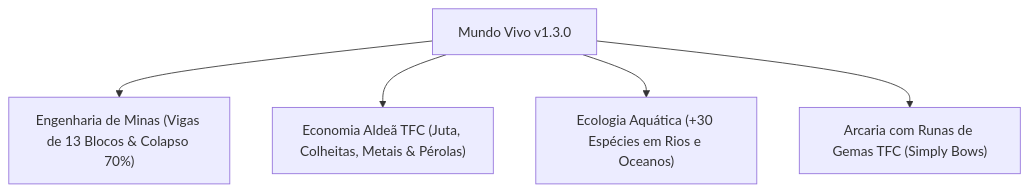
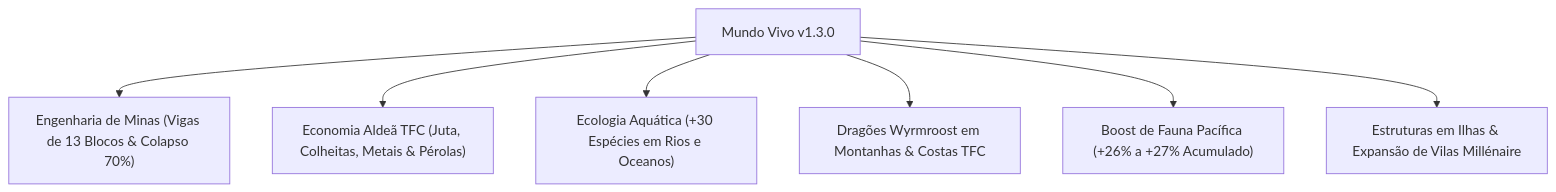
Before and after one commit to Vinagre-Lipe/TFC-Arcanum-Empires-WIKI-Guides: the diagram in guias/worldgen-vigas-trocas.md, drawn with Mermaid. The commit also changed other lines of this file and 2 other files, not shown here.

Commit message:
feat(wiki): documenta dragoes do wyrmroost, boost acumulado de fauna e estruturas em ilhas

````diff
--- a/guias/worldgen-vigas-trocas.md
+++ b/guias/worldgen-vigas-trocas.md
@@ -16,7 +16,9 @@
 ```mermaid
 graph TD
     WORLD["Mundo Vivo v1.3.0"] --> MINES["Engenharia de Minas (Vigas de 13 Blocos & Colapso 70%)"]
     WORLD --> TRADE["Economia Aldeã TFC (Juta, Colheitas, Metais & Pérolas)"]
     WORLD --> ECO["Ecologia Aquática (+30 Espécies em Rios e Oceanos)"]
-    WORLD --> RUNES["Arcaria com Runas de Gemas TFC (Simply Bows)"]
+    WORLD --> DRAGONS["Dragões Wyrmroost em Montanhas & Costas TFC"]
+    WORLD --> FAUNA["Boost de Fauna Pacífica (+26% a +27% Acumulado)"]
+    WORLD --> STRUCT["Estruturas em Ilhas & Expansão de Vilas Millénaire"]
 ```
````
